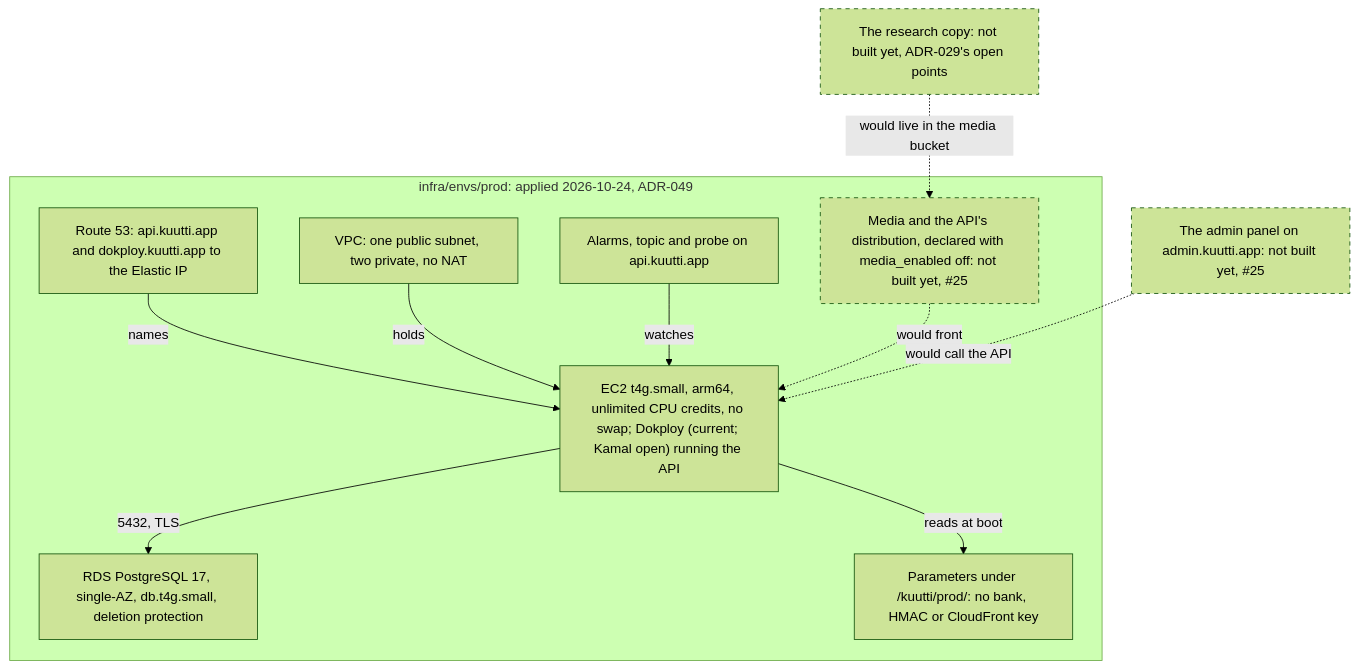
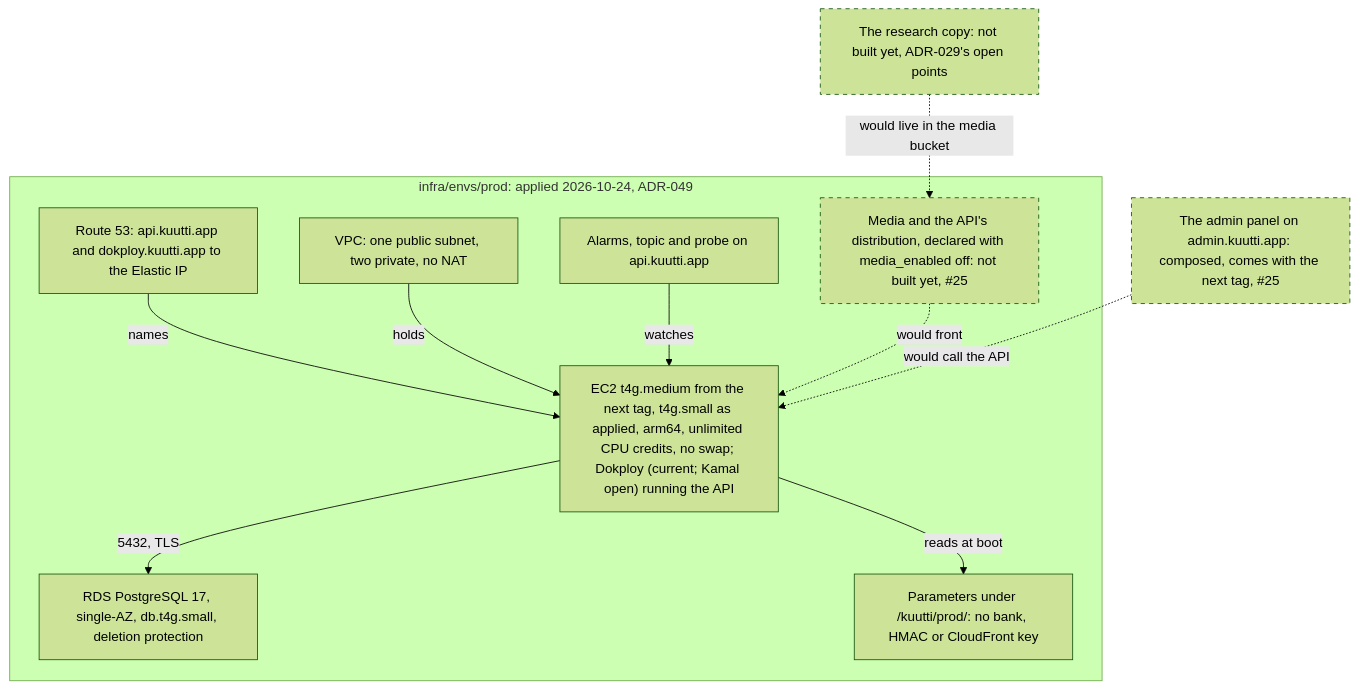
One commit to kuutti-ry/kuutti-app changed the fifth of 6 diagrams in docs/architecture/deployment.md. Above: the diagram before and after it, drawn with Mermaid (forest theme). The commit also changed other lines of this file and 27 other files, not shown here.

First line of the commit message:
Give production a larger box, the panel's host and a 150 USD budget (#549)

````diff
--- a/docs/architecture/deployment.md
+++ b/docs/architecture/deployment.md
@@ -260,25 +260,25 @@
 ```mermaid
 flowchart TB
   accTitle: Deployment, part 5: production
-  accDescr: infra/envs/prod, applied on 2026-10-24 before the first release, composes the same network, box, database, alarms and parameters as staging, with a larger database class and deletion protection. Dokploy on the box runs one application, the API, pinned to a commit and with bank identification off. The media module is declared switched off; the admin panel's host and the research copy are not built.
+  accDescr: infra/envs/prod, applied on 2026-10-24 before the first release, composes the same network, box, database, alarms and parameters as staging, with a larger box from the next tag, a larger database class and deletion protection. Dokploy on the box runs one application, the API, pinned to a commit and with bank identification off. The media module is declared switched off; the admin panel's host is composed and comes with the next tag; the research copy is not built.
   subgraph prodenv["infra/envs/prod: applied 2026-10-24, ADR-049"]
     n52["Route 53: api.kuutti.app and dokploy.kuutti.app to the Elastic IP"]
     n53["VPC: one public subnet, two private, no NAT"]
-    n54["EC2 t4g.small, arm64, unlimited CPU credits, no swap; Dokploy (current; Kamal open) running the API"]
+    n54["EC2 t4g.medium from the next tag, t4g.small as applied, arm64, unlimited CPU credits, no swap; Dokploy (current; Kamal open) running the API"]
     n55["RDS PostgreSQL 17, single-AZ, db.t4g.small, deletion protection"]
     n56["Parameters under /kuutti/prod/: no bank, HMAC or CloudFront key"]
     n57["Alarms, topic and probe on api.kuutti.app"]
     n58["Media and the API's distribution, declared with media_enabled off: not built yet, #25"]:::notbuilt
   end
-  n59["The admin panel on admin.kuutti.app: not built yet, #25"]:::notbuilt
+  n59["The admin panel on admin.kuutti.app: composed, comes with the next tag, #25"]:::notbuilt
   n60["The research copy: not built yet, ADR-029's open points"]:::notbuilt
   n52 -->|"names"| n54
   n53 -->|"holds"| n54
   n54 -->|"5432, TLS"| n55
   n54 -->|"reads at boot"| n56
   n57 -->|"watches"| n54
   n58 -.->|"would front"| n54
   n59 -.->|"would call the API"| n54
   n60 -.->|"would live in the media bucket"| n58
   classDef notbuilt stroke-dasharray: 5 5
 ```
````
